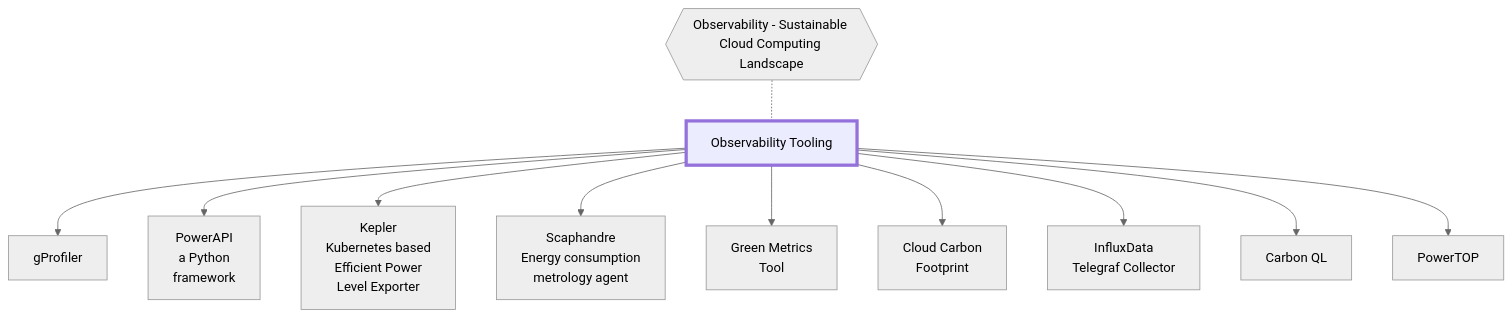
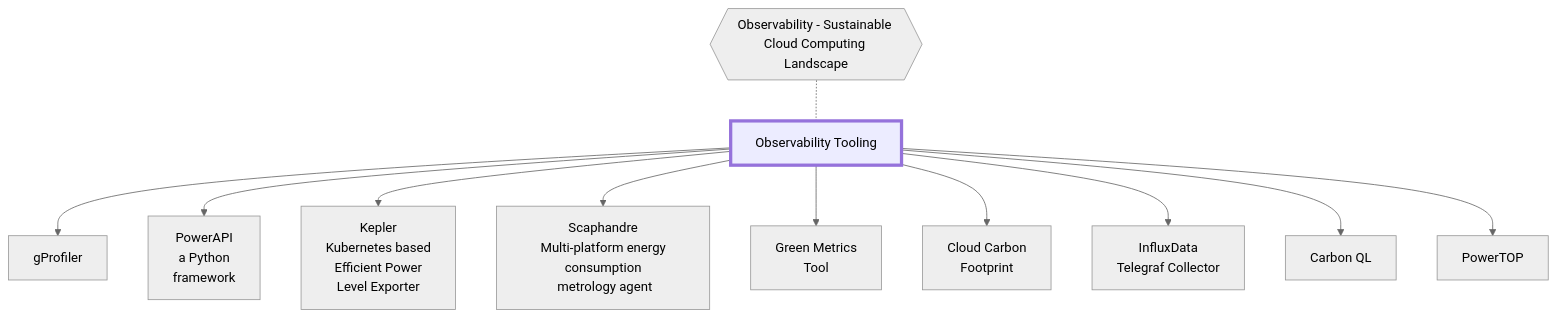
The second of 3 diagrams in website/content/about/SustainabilityUseCasesAndLandscape2023.md (cncf/tag-env-sustainability), drawn with Mermaid before and after one commit. The commit also changed other lines of this file, not shown here.

````diff
--- a/website/content/about/SustainabilityUseCasesAndLandscape2023.md
+++ b/website/content/about/SustainabilityUseCasesAndLandscape2023.md
@@ -257,29 +257,29 @@
 ```mermaid
 %%{init: {'theme':'neutral'}}%%
 flowchart TB
     root{{Observability - Sustainable Cloud Computing Landscape}} -.- obs[Observability Tooling]
 
     %% OBSERVABILITY
     obs --> g_profiler[gProfiler]
     obs --> power_api[PowerAPI\n a Python\n framework]
     obs --> kepler[Kepler\n Kubernetes based\n Efficient Power\n Level Exporter]
-    obs --> scaphandre[Scaphandre\n Energy consumption\n metrology agent]
+    obs --> scaphandre[Scaphandre\n Multi-platform energy consumption\n metrology agent]
     obs --> green_metrics_tool[Green Metrics\n Tool]
     obs --> cloud_carbon_footprint[Cloud Carbon\n Footprint]
     obs --> influx_telegraf[InfluxData\n Telegraf Collector]
     obs --> carbon_ql[Carbon QL]
     obs --> powertop[PowerTOP]
 
     click g_profiler "https//docs.gprofiler.io/" "Source"
     click power_api "https://github.com/powerapi-ng/" "Source"
     click kepler "https://github.com/sustainable-computing-io/kepler" "Source"
     click scaphandre "https://github.com/hubblo-org/scaphandre" "Source"
     click green_metrics_tool "https://docs.green-coding.berlin/" "Source"
     click cloud_carbon_footprint "https://www.cloudcarbonfootprint.org/docs/" "Source"
     click influx_telegraf "https://github.com/influxdata/telegraf" "Source"
     click carbon_ql "https://github.com/Green-Software-Foundation/carbon-ql" "Source"
     click powertop "https://github.com/fenrus75/powertop" "Source"
 
     classDef sections fill:#ececff,stroke:#9572db,stroke-width:4px
     class obs sections;
 ```
````
